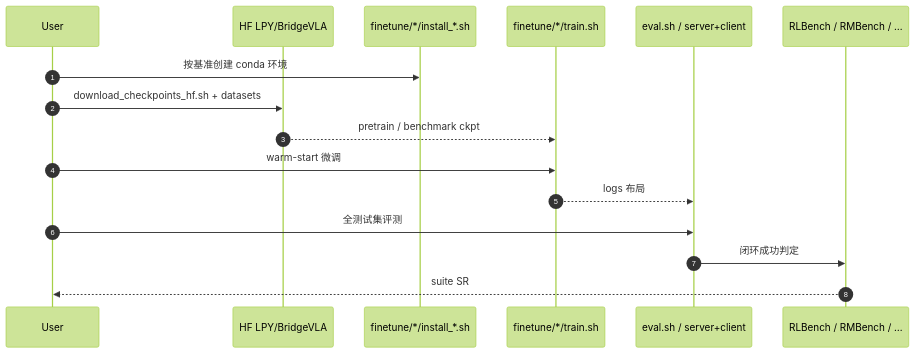
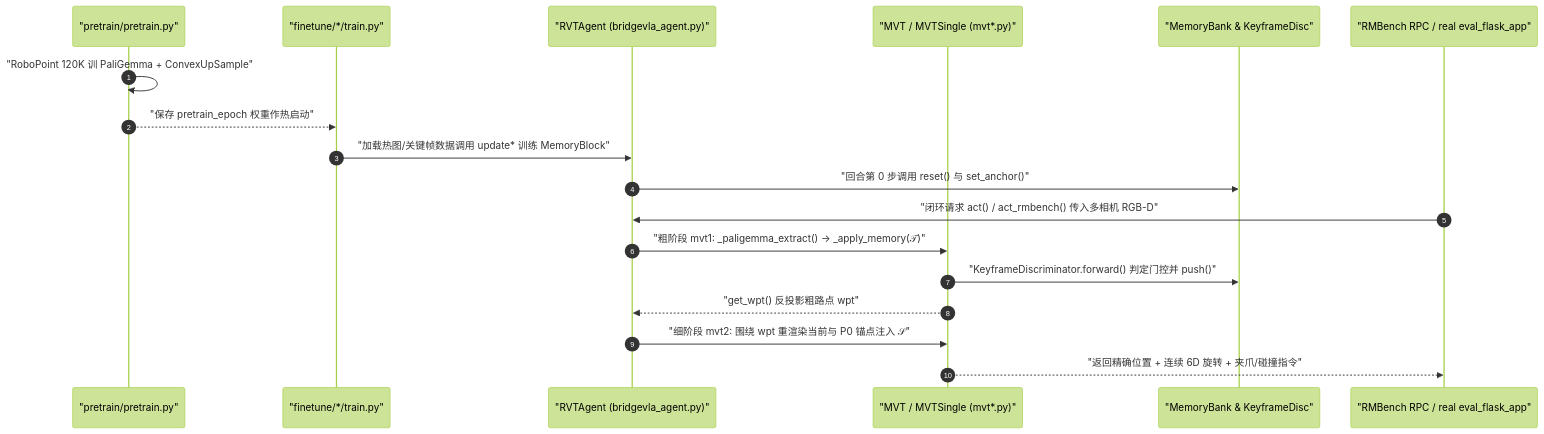
The second of 2 diagrams in wiki/entities/paper-bridgevla-plusplus.md (ImChong/Robotics_Notebooks), drawn with Mermaid (forest theme) before and after one commit. The commit also changed other lines of this file and 192 other files, not shown here.

Commit message:
[2026-11-14] ingest | roadmap/depth-vla.md — 补齐 VLA 纵深路线全部节点原文证据与满分健康度

````diff
--- a/wiki/entities/paper-bridgevla-plusplus.md
+++ b/wiki/entities/paper-bridgevla-plusplus.md
@@ -108,18 +118,21 @@
 ```mermaid
 sequenceDiagram
   autonumber
-  participant U as User
-  participant HF as HF LPY/BridgeVLA
-  participant Inst as finetune/*/install_*.sh
-  participant Train as finetune/*/train.sh
-  participant Eval as eval.sh / server+client
-  participant Sim as RLBench / RMBench / …
-  U->>Inst: 按基准创建 conda 环境
-  U->>HF: download_checkpoints_hf.sh + datasets
-  HF-->>Train: pretrain / benchmark ckpt
-  U->>Train: warm-start 微调
-  Train-->>Eval: logs 布局
-  U->>Eval: 全测试集评测
-  Eval->>Sim: 闭环成功判定
-  Sim-->>U: suite SR
+  participant Pre as "pretrain/pretrain.py"
+  participant Tr as "finetune/*/train.py"
+  participant Ag as "RVTAgent (bridgevla_agent.py)"
+  participant MVT as "MVT / MVTSingle (mvt*.py)"
+  participant Mem as "MemoryBank & KeyframeDisc"
+  participant Srv as "RMBench RPC / real eval_flask_app"
+
+  Pre->>Pre: "RoboPoint 120K 训 PaliGemma + ConvexUpSample"
+  Pre-->>Tr: "保存 pretrain_epoch 权重作热启动"
+  Tr->>Ag: "加载热图/关键帧数据调用 update* 训练 MemoryBlock"
+  Ag->>Mem: "回合第 0 步调用 reset() 与 set_anchor()"
+  Srv->>Ag: "闭环请求 act() / act_rmbench() 传入多相机 RGB-D"
+  Ag->>MVT: "粗阶段 mvt1: _paligemma_extract() -> _apply_memory(𝒯)"
+  MVT->>Mem: "KeyframeDiscriminator.forward() 判定门控并 push()"
+  MVT-->>Ag: "get_wpt() 反投影粗路点 wpt"
+  Ag->>MVT: "细阶段 mvt2: 围绕 wpt 重渲染当前与 P0 锚点注入 𝒮"
+  MVT-->>Srv: "返回精确位置 + 连续 6D 旋转 + 夹爪/碰撞指令"
 ```
````
